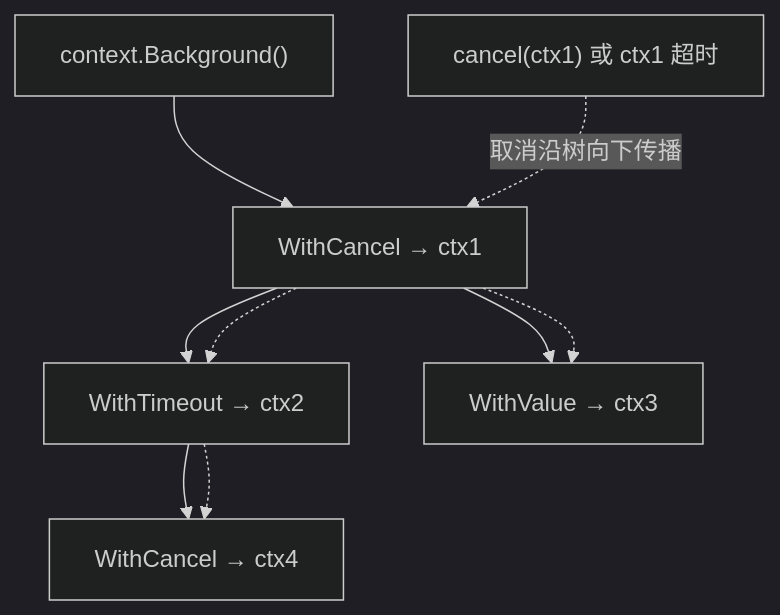
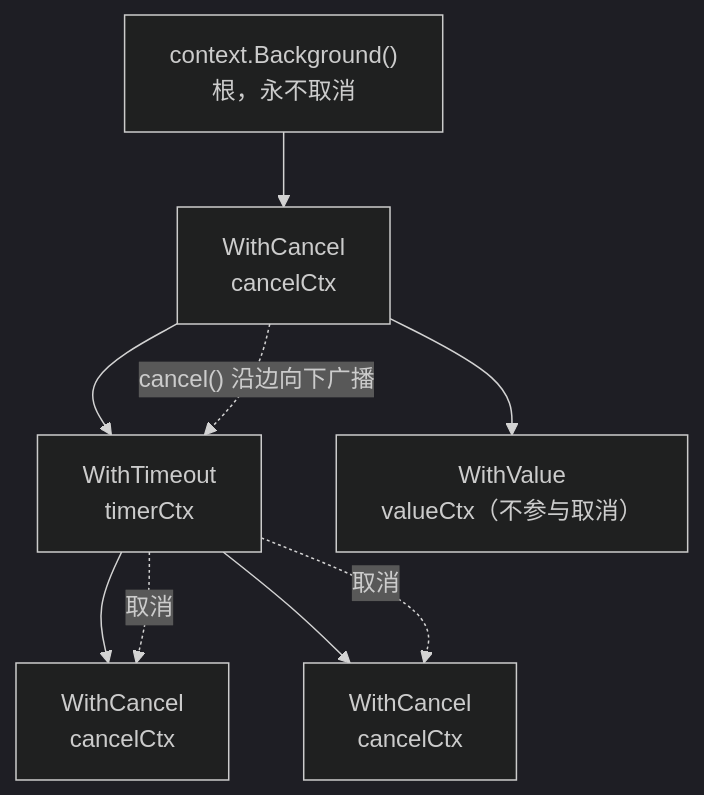
One commit to golang-design/under-the-hood changed the second of 2 diagrams in book/zh-cn/part3concurrency/ch11sync/context.md. Above: the diagram before and after it, drawn with Mermaid (dark theme). The commit also changed other lines of this file and 7 other files, not shown here.

````diff
--- a/book/zh-cn/part3concurrency/ch11sync/context.md
+++ b/book/zh-cn/part3concurrency/ch11sync/context.md
@@ -33,11 +164,12 @@
 ```mermaid
 flowchart TD
-    ROOT["context.Background()"] --> C1["WithCancel → ctx1"]
-    C1 --> C2["WithTimeout → ctx2"]
-    C1 --> C3["WithValue → ctx3"]
-    C2 --> C4["WithCancel → ctx4"]
-    CANCEL["cancel(ctx1) 或 ctx1 超时"] -.->|取消沿树向下传播| C1
-    C1 -.-> C2
-    C1 -.-> C3
-    C2 -.-> C4
+    BG["context.Background()<br/>根，永不取消"]
+    BG --> C1["WithCancel<br/>cancelCtx"]
+    C1 --> C2["WithTimeout<br/>timerCtx"]
+    C1 --> V1["WithValue<br/>valueCtx（不参与取消）"]
+    C2 --> C3["WithCancel<br/>cancelCtx"]
+    C2 --> C4["WithCancel<br/>cancelCtx"]
+    C1 -. "cancel() 沿边向下广播" .-> C2
+    C2 -. 取消 .-> C3
+    C2 -. 取消 .-> C4
 ```
````
